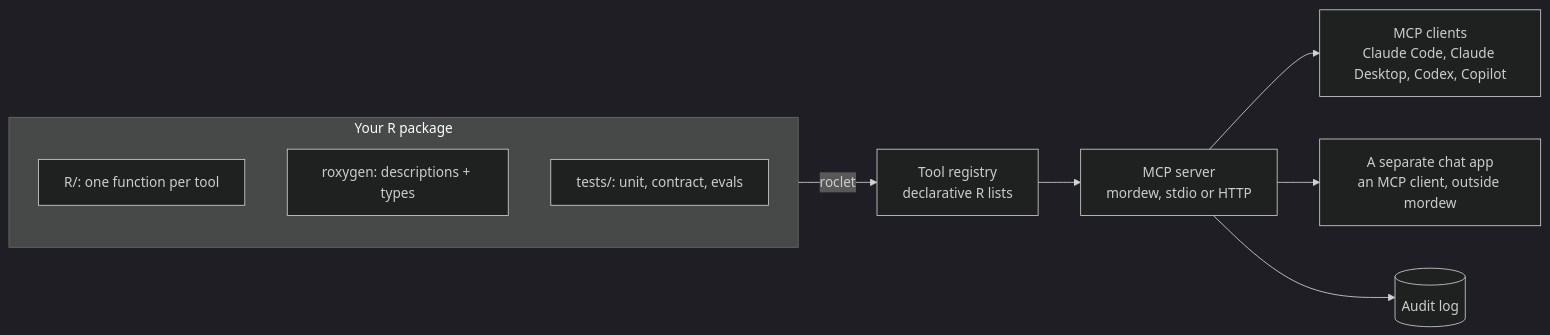
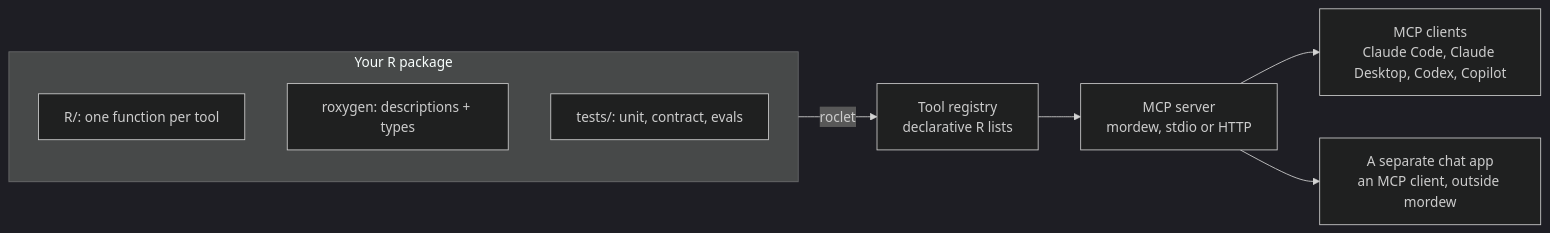
The second of 4 diagrams in README.md (ThinkR-open/mordew), drawn with Mermaid (dark theme) before and after one commit. The commit also changed other lines of this file and 1 other file, not shown here.

````diff
--- a/README.md
+++ b/README.md
@@ -230,13 +217,12 @@
 ```mermaid
 flowchart LR
   subgraph pkg["Your R package"]
     F["R/: one function per tool"]
     X["roxygen: descriptions + types"]
     T["tests/: unit, contract, evals"]
   end
   pkg -- "roclet" --> REG["Tool registry<br/>declarative R lists"]
   REG --> SRV["MCP server<br/>mordew, stdio or HTTP"]
   SRV --> EXT["MCP clients<br/>Claude Code, Claude Desktop, Codex, Copilot"]
   SRV --> CHAT["A separate chat app<br/>an MCP client, outside mordew"]
-  SRV --> LOG[("Audit log")]
 ```
````
